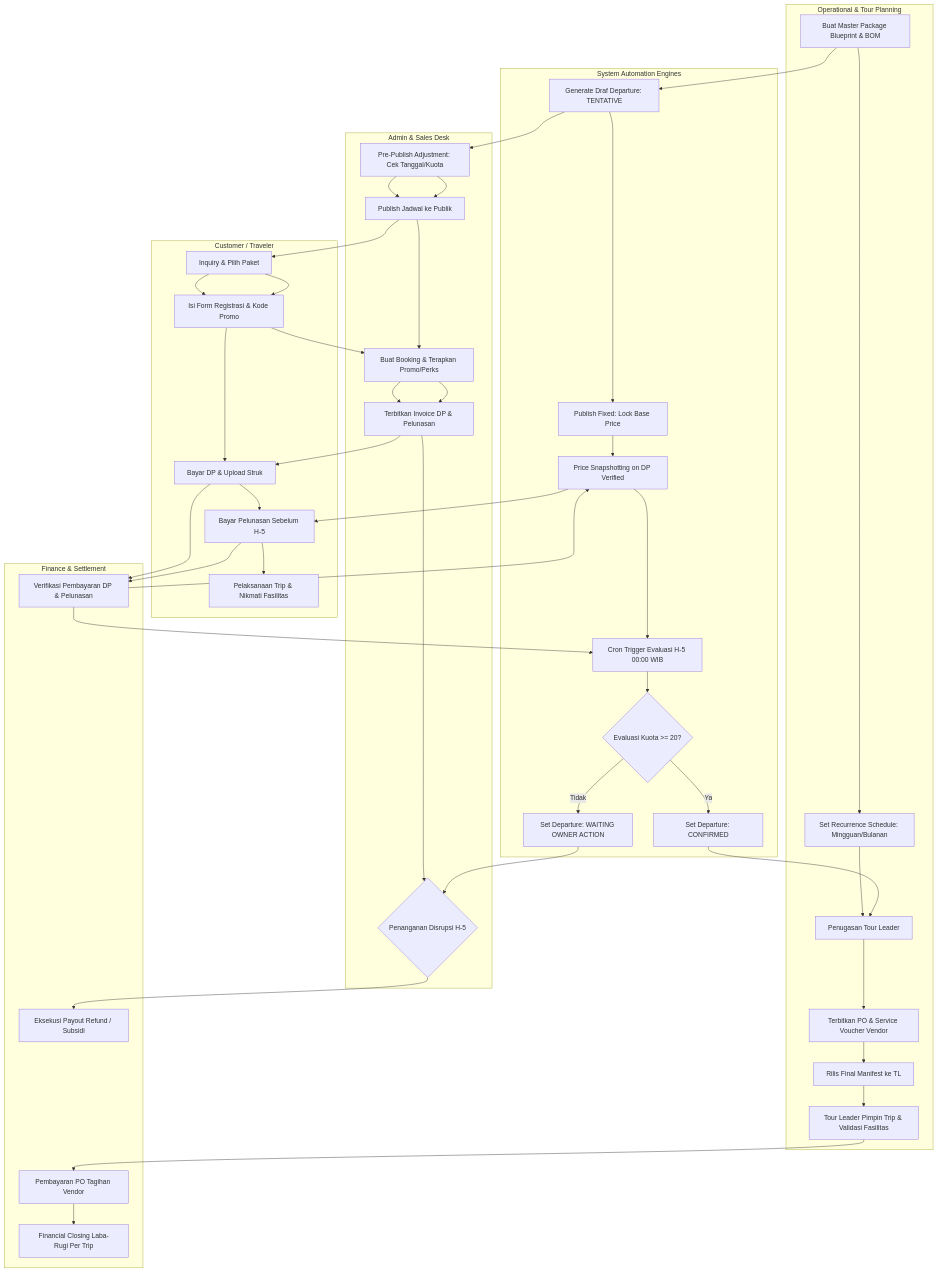
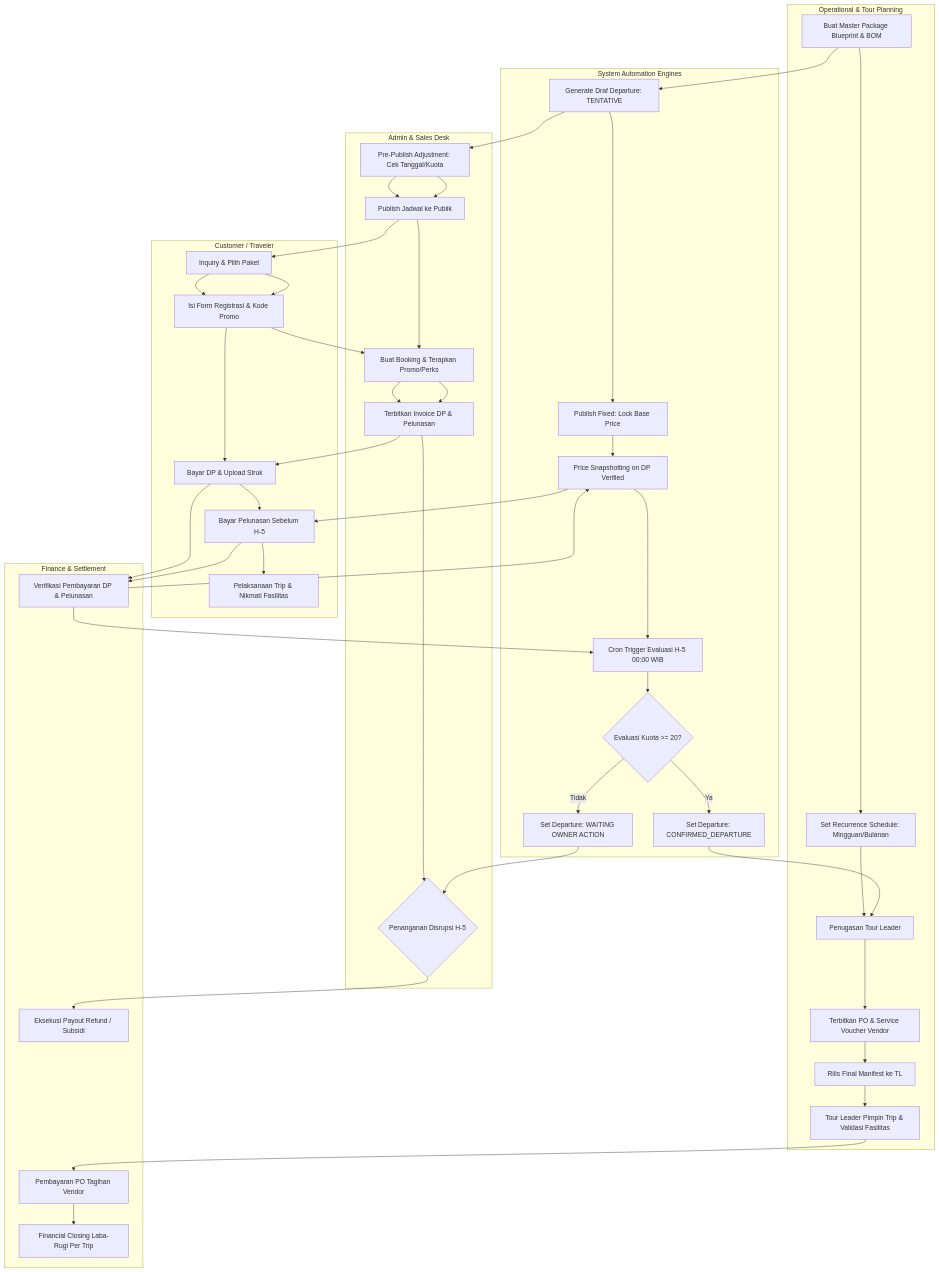
One commit to mfauzanfikri/tms-docs changed the third of 3 diagrams in product/02_BRD.md. Above: the diagram before and after it, drawn with Mermaid. The commit also changed other lines of this file and 5 other files, not shown here.

````diff
--- a/product/02_BRD.md
+++ b/product/02_BRD.md
@@ -216,47 +256,47 @@
 ```mermaid
 flowchart TD
     subgraph Operational["Operational & Tour Planning"]
         O1[Buat Master Package Blueprint & BOM] --> O2[Set Recurrence Schedule: Mingguan/Bulanan]
         O2 --> O3[Penugasan Tour Leader]
         O3 --> O4[Terbitkan PO & Service Voucher Vendor]
         O4 --> O5[Rilis Final Manifest ke TL]
         O5 --> O6[Tour Leader Pimpin Trip & Validasi Fasilitas]
     end
 
     subgraph System["System Automation Engines"]
         S1[Generate Draf Departure: TENTATIVE] --> S2[Publish Fixed: Lock Base Price]
         S2 --> S3[Price Snapshotting on DP Verified]
         S3 --> S4[Cron Trigger Evaluasi H-5 00:00 WIB]
         S4 --> S5{Evaluasi Kuota >= 20?}
-        S5 -->|Ya| S6[Set Departure: CONFIRMED]
+        S5 -->|Ya| S6[Set Departure: CONFIRMED_DEPARTURE]
         S5 -->|Tidak| S7[Set Departure: WAITING OWNER ACTION]
     end
 
     subgraph Sales["Admin & Sales Desk"]
         A1[Pre-Publish Adjustment: Cek Tanggal/Kuota] --> A2[Publish Jadwal ke Publik]
         A2 --> A3[Buat Booking & Terapkan Promo/Perks]
         A3 --> A4[Terbitkan Invoice DP & Pelunasan]
         A4 --> A5{Penanganan Disrupsi H-5}
     end
 
     subgraph Customer["Customer / Traveler"]
         C1[Inquiry & Pilih Paket] --> C2[Isi Form Registrasi & Kode Promo]
         C2 --> C3[Bayar DP & Upload Struk]
         C3 --> C4[Bayar Pelunasan Sebelum H-5]
         C4 --> C5[Pelaksanaan Trip & Nikmati Fasilitas]
     end
 
     subgraph Finance["Finance & Settlement"]
         F1[Verifikasi Pembayaran DP & Pelunasan]
         F2[Pembayaran PO Tagihan Vendor]
         F3[Eksekusi Payout Refund / Subsidi]
         F4[Financial Closing Laba-Rugi Per Trip]
     end
 
     O1 --> S1 --> A1 --> A2 --> C1 --> C2 --> A3 --> A4 --> C3 --> F1 --> S3
     S3 --> C4 --> F1 --> S4
-    S6 --> O3
+    S6[Set Departure: CONFIRMED_DEPARTURE] --> O3
     S7 --> A5
     A5 --> F3
     O6 --> F2 --> F4
 ```
````
